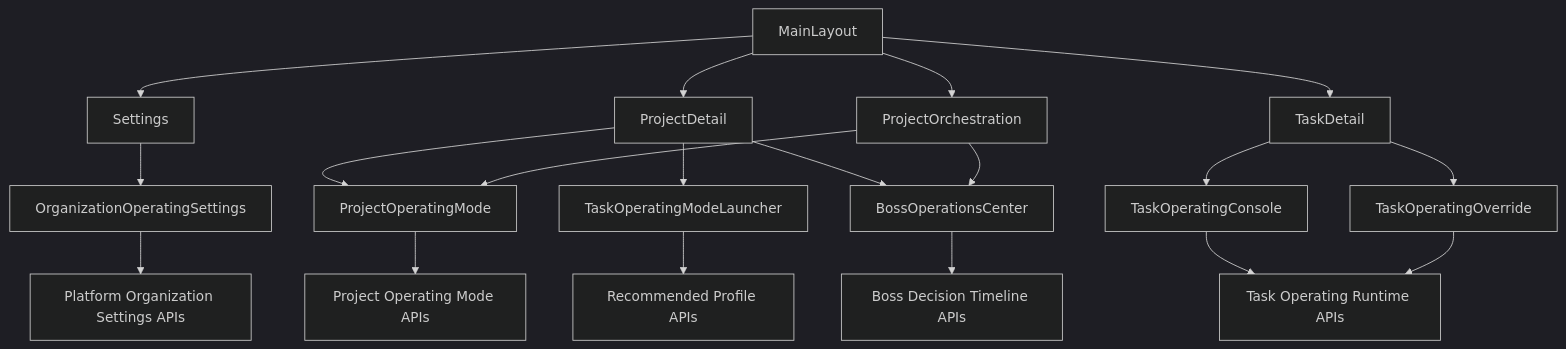
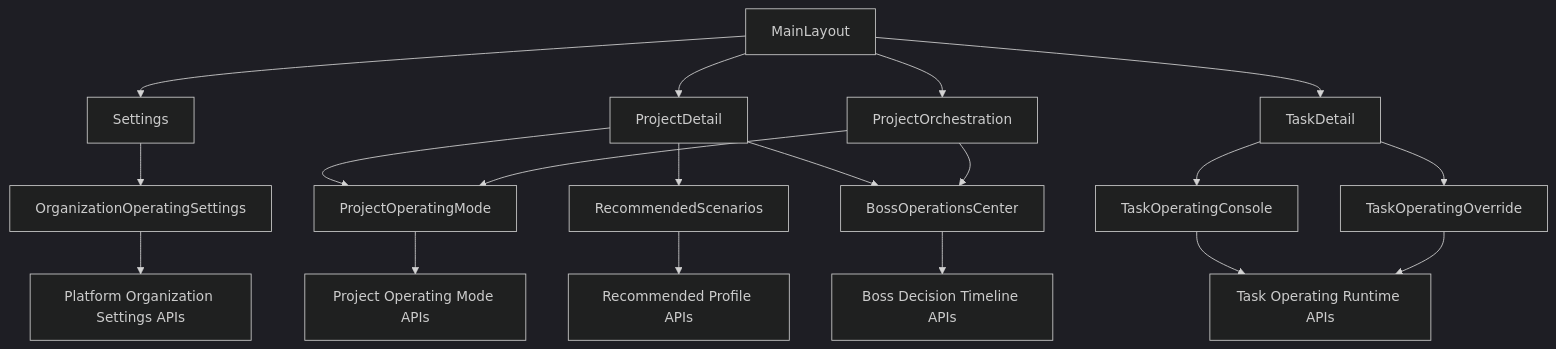
Before and after one commit to openerserver/openerx: the first of 2 diagrams in docs/organization-oriented-agent-frontend-information-architecture.md, drawn with Mermaid (dark theme). The commit also changed other lines of this file and 68 other files, not shown here.

````diff
--- a/docs/organization-oriented-agent-frontend-information-architecture.md
+++ b/docs/organization-oriented-agent-frontend-information-architecture.md
@@ -155,26 +155,26 @@
 ```mermaid
 flowchart TD
   A[MainLayout] --> B[Settings]
   A --> C[ProjectDetail]
   A --> D[ProjectOrchestration]
   A --> E[TaskDetail]
 
   B --> B1[OrganizationOperatingSettings]
 
   C --> C1[ProjectOperatingMode]
-  C --> C2[TaskOperatingModeLauncher]
+  C --> C2[RecommendedScenarios]
   C --> C3[BossOperationsCenter]
 
   D --> C1
   D --> C3
 
   E --> E1[TaskOperatingConsole]
   E --> E2[TaskOperatingOverride]
 
   B1 --> F[Platform Organization Settings APIs]
   C1 --> G[Project Operating Mode APIs]
   C2 --> H[Recommended Profile APIs]
   E1 --> I[Task Operating Runtime APIs]
   E2 --> I
   C3 --> J[Boss Decision Timeline APIs]
 ```
````
